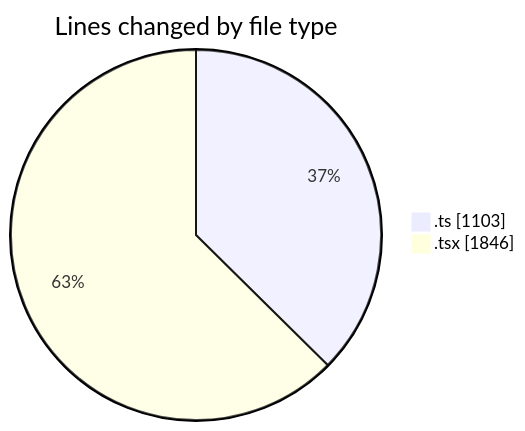
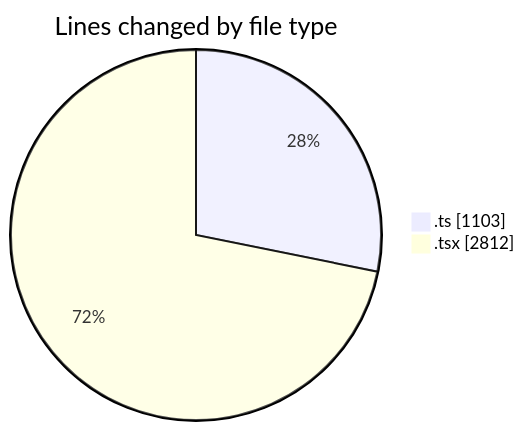
Before and after one commit to momahboobian/code-tracking: the first of 2 diagrams in 2025-09-02/cda/README.md, drawn with Mermaid. The commit also changed other lines of this file and 1 other file, not shown here.

````diff
--- a/2025-09-02/cda/README.md
+++ b/2025-09-02/cda/README.md
@@ -28,6 +29,6 @@
 ```mermaid
 pie showData
 title Lines changed by file type
 ".ts" : 1103
-".tsx" : 1846
+".tsx" : 2812
 ```
````
